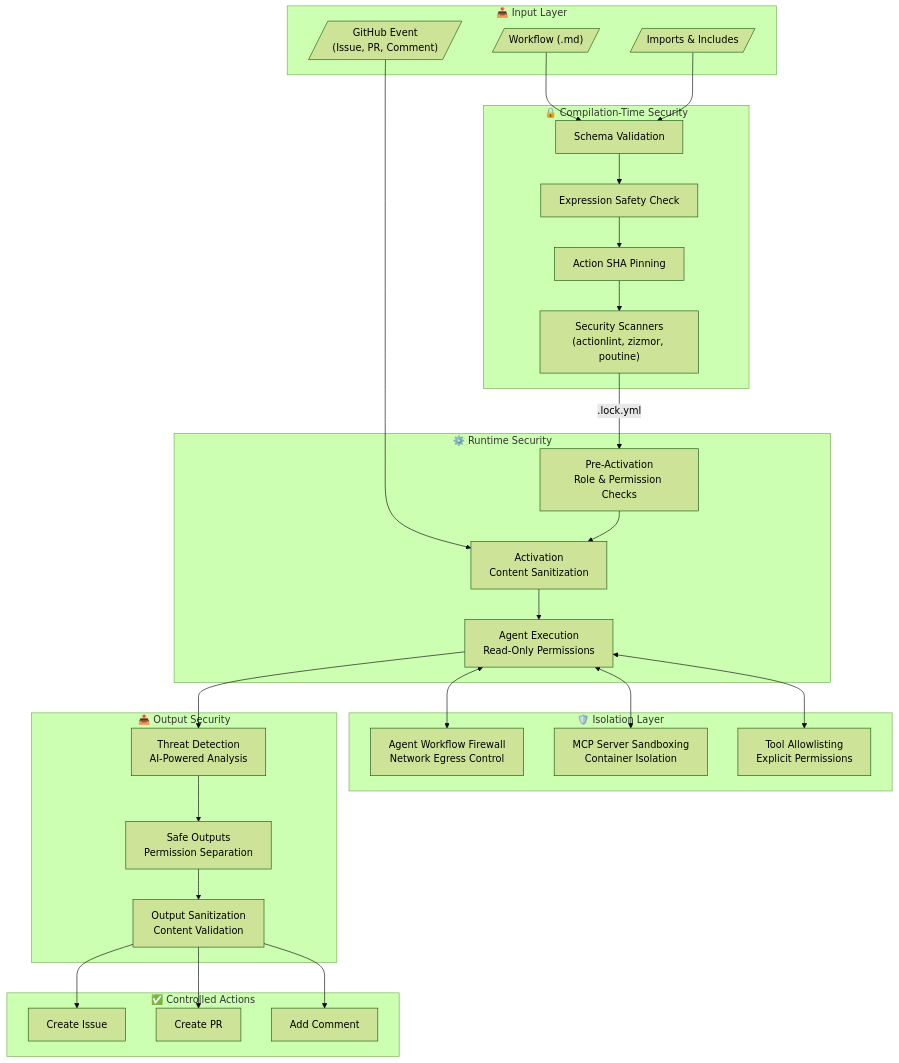
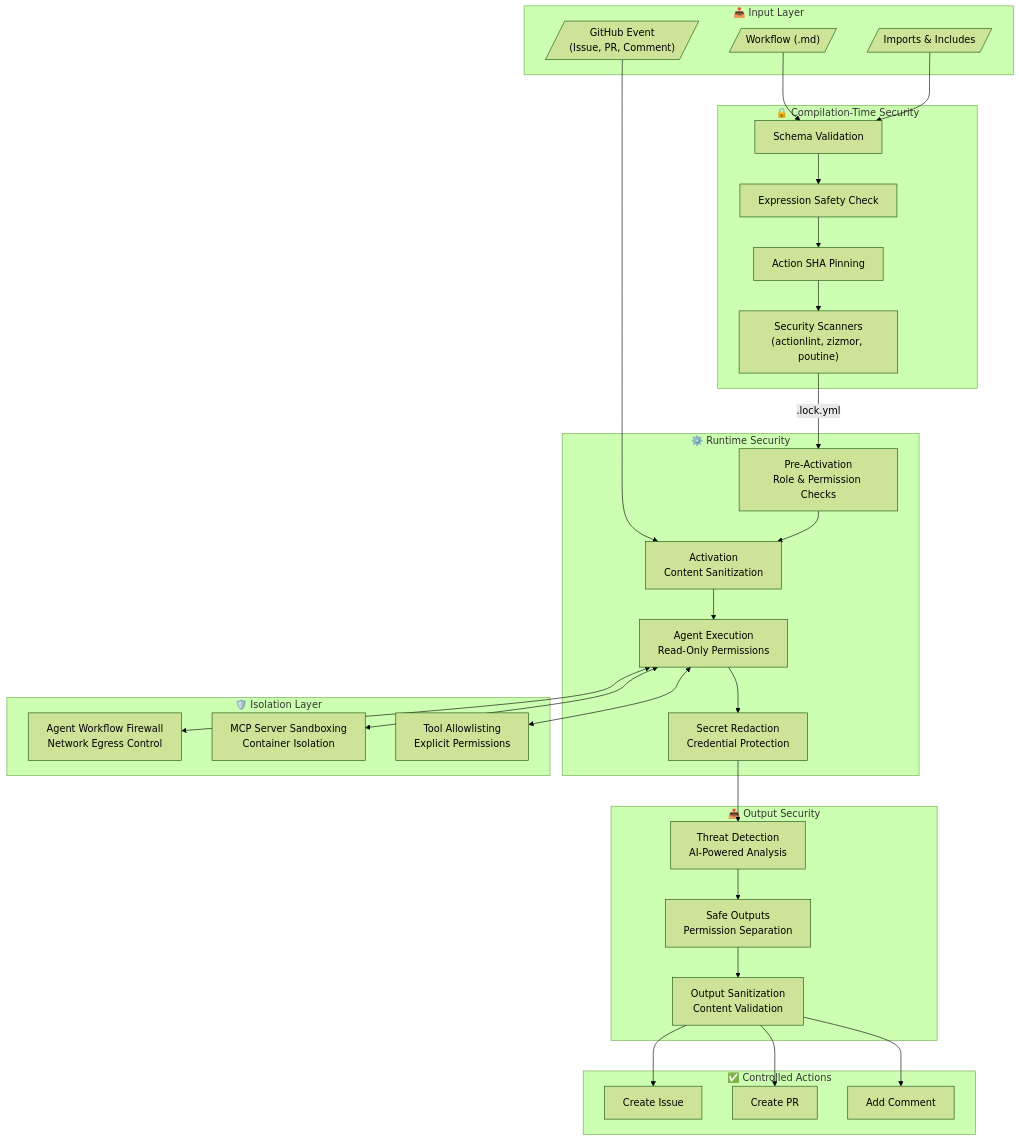
Before and after one commit to githubnext/gh-aw: the first of 9 diagrams in docs/src/content/docs/introduction/architecture.mdx, drawn with Mermaid (forest theme). The commit also changed other lines of this file, not shown here.

Commit message:
Add Secret Redaction section to Security Architecture documentation

````diff
--- a/docs/src/content/docs/introduction/architecture.mdx
+++ b/docs/src/content/docs/introduction/architecture.mdx
@@ -16,62 +16,64 @@
 ```mermaid
 flowchart TB
     subgraph Input["📥 Input Layer"]
         WF[/"Workflow (.md)"/]
         IMPORTS[/"Imports & Includes"/]
         EVENT[/"GitHub Event<br/>(Issue, PR, Comment)"/]
     end
 
     subgraph Compile["🔒 Compilation-Time Security"]
         SCHEMA["Schema Validation"]
         EXPR["Expression Safety Check"]
         PIN["Action SHA Pinning"]
         SCAN["Security Scanners<br/>(actionlint, zizmor, poutine)"]
     end
 
     subgraph Runtime["⚙️ Runtime Security"]
         PRE["Pre-Activation<br/>Role & Permission Checks"]
         ACT["Activation<br/>Content Sanitization"]
         AGENT["Agent Execution<br/>Read-Only Permissions"]
+        REDACT_MAIN["Secret Redaction<br/>Credential Protection"]
     end
 
     subgraph Isolation["🛡️ Isolation Layer"]
         AWF["Agent Workflow Firewall<br/>Network Egress Control"]
         MCP["MCP Server Sandboxing<br/>Container Isolation"]
         TOOL["Tool Allowlisting<br/>Explicit Permissions"]
     end
 
     subgraph Output["📤 Output Security"]
         DETECT["Threat Detection<br/>AI-Powered Analysis"]
         SAFE["Safe Outputs<br/>Permission Separation"]
         SANITIZE["Output Sanitization<br/>Content Validation"]
     end
 
     subgraph Result["✅ Controlled Actions"]
         ISSUE["Create Issue"]
         PR["Create PR"]
         COMMENT["Add Comment"]
     end
 
     WF --> SCHEMA
     IMPORTS --> SCHEMA
     SCHEMA --> EXPR
     EXPR --> PIN
     PIN --> SCAN
     SCAN -->|".lock.yml"| PRE
 
     EVENT --> ACT
     PRE --> ACT
     ACT --> AGENT
 
     AGENT <--> AWF
     AGENT <--> MCP
     AGENT <--> TOOL
 
-    AGENT --> DETECT
+    AGENT --> REDACT_MAIN
+    REDACT_MAIN --> DETECT
     DETECT --> SAFE
     SAFE --> SANITIZE
 
     SANITIZE --> ISSUE
     SANITIZE --> PR
     SANITIZE --> COMMENT
 ```
````
